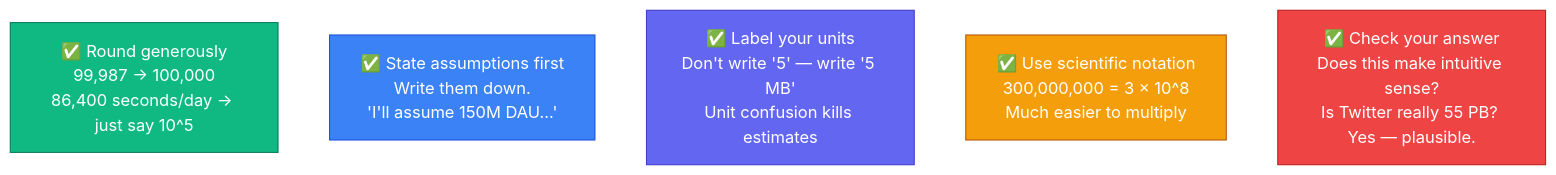
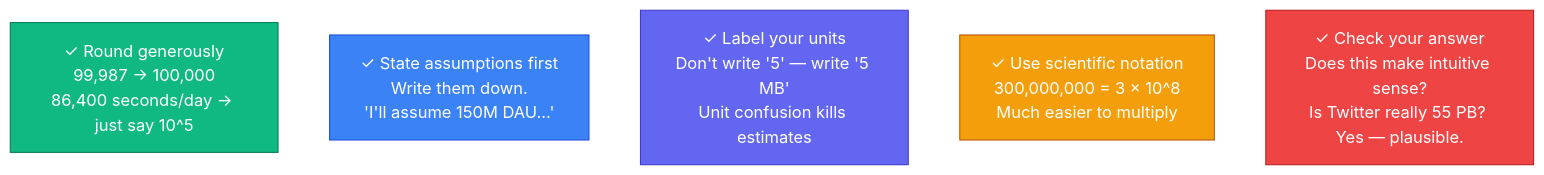
One commit to devops-monk/system-design-blog changed the ninth of 10 diagrams in content/posts/2026/back-of-the-envelope-estimation.md. Above: the diagram before and after it, drawn with Mermaid. The commit also changed other lines of this file and 5 other files, not shown here.

````diff
--- a/content/posts/2026/back-of-the-envelope-estimation.md
+++ b/content/posts/2026/back-of-the-envelope-estimation.md
@@ -537,14 +532,14 @@
 ```mermaid
 flowchart TD
-    T1["✅ Round generously\n99,987 → 100,000\n86,400 seconds/day → just say 10^5"]
-    T2["✅ State assumptions first\nWrite them down.\n'I'll assume 150M DAU...'"]
-    T3["✅ Label your units\nDon't write '5' — write '5 MB'\nUnit confusion kills estimates"]
-    T4["✅ Use scientific notation\n300,000,000 = 3 × 10^8\nMuch easier to multiply"]
-    T5["✅ Check your answer\nDoes this make intuitive sense?\nIs Twitter really 55 PB? Yes — plausible."]
+    T1["✓ Round generously\n99,987 → 100,000\n86,400 seconds/day → just say 10^5"]
+    T2["✓ State assumptions first\nWrite them down.\n'I'll assume 150M DAU...'"]
+    T3["✓ Label your units\nDon't write '5' — write '5 MB'\nUnit confusion kills estimates"]
+    T4["✓ Use scientific notation\n300,000,000 = 3 × 10^8\nMuch easier to multiply"]
+    T5["✓ Check your answer\nDoes this make intuitive sense?\nIs Twitter really 55 PB? Yes — plausible."]
 
     style T1 fill:#10B981,stroke:#047857,color:#fff
     style T2 fill:#3B82F6,stroke:#1D4ED8,color:#fff
     style T3 fill:#6366F1,stroke:#4338CA,color:#fff
     style T4 fill:#F59E0B,stroke:#B45309,color:#fff
     style T5 fill:#EF4444,stroke:#B91C1C,color:#fff
 ```
````
